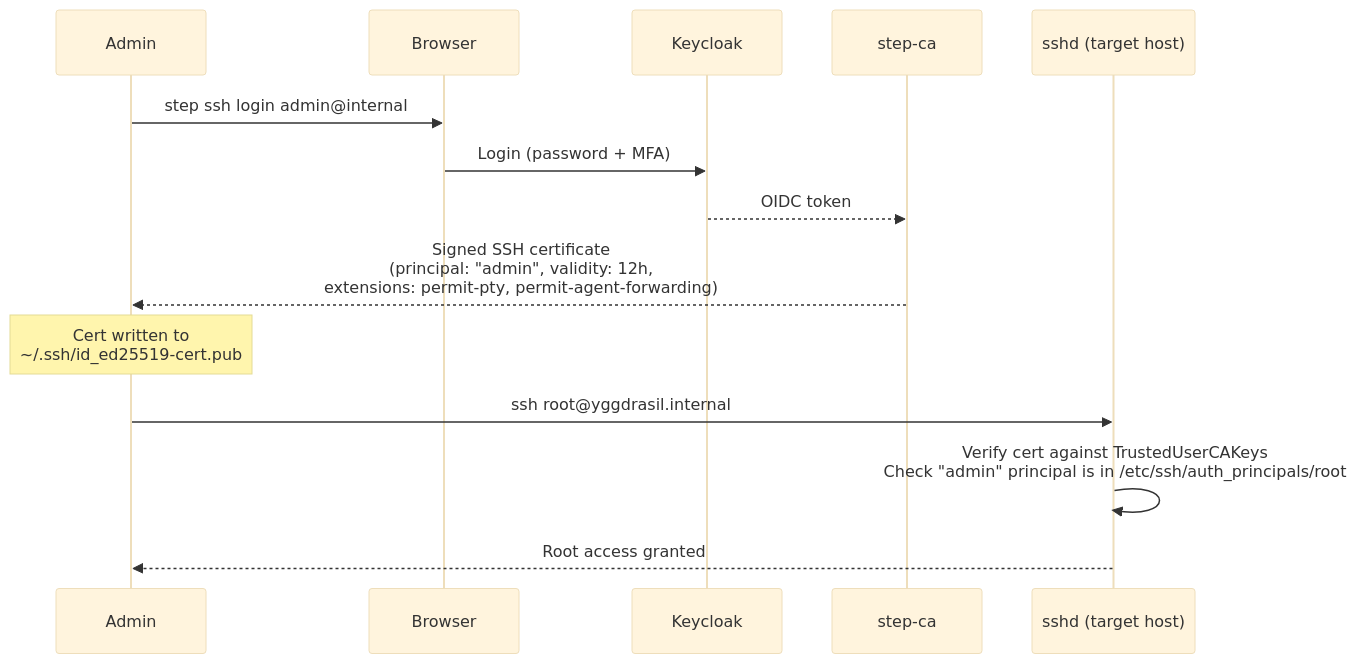
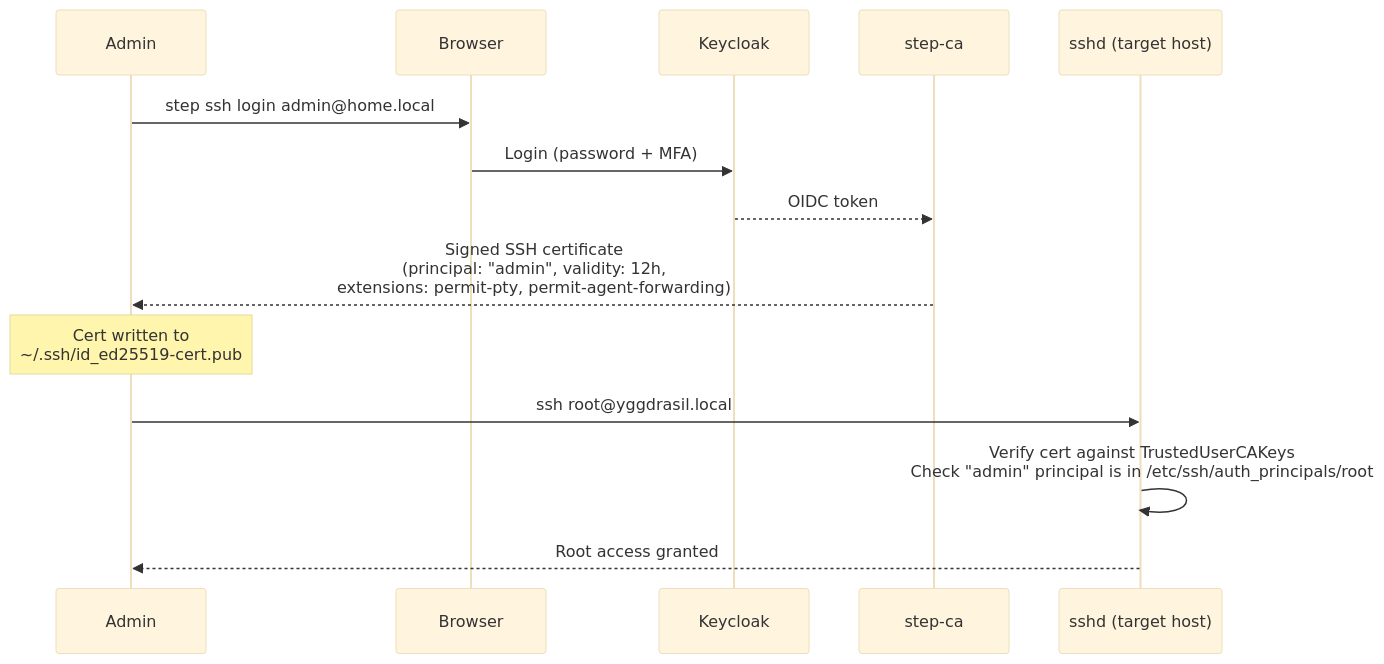
One commit to mutantmell/dotfiles changed the second of 4 diagrams in llm-notes/ssh-certificates-sso-plan.md. Above: the diagram before and after it, drawn with Mermaid (base theme). The commit also changed other lines of this file, not shown here.

First line of the commit message:
Update SSH certificates plan: Keycloak/step-ca placement and realm

````diff
--- a/llm-notes/ssh-certificates-sso-plan.md
+++ b/llm-notes/ssh-certificates-sso-plan.md
@@ -95,17 +95,17 @@
 ```mermaid
 sequenceDiagram
     participant Admin
     participant Browser
     participant Keycloak
     participant step-ca
     participant sshd as sshd (target host)
 
-    Admin->>Browser: step ssh login admin@internal
+    Admin->>Browser: step ssh login admin@home.local
     Browser->>Keycloak: Login (password + MFA)
     Keycloak-->>step-ca: OIDC token
     step-ca-->>Admin: Signed SSH certificate<br/>(principal: "admin", validity: 12h,<br/>extensions: permit-pty, permit-agent-forwarding)
     Note over Admin: Cert written to<br/>~/.ssh/id_ed25519-cert.pub
-    Admin->>sshd: ssh root@yggdrasil.internal
+    Admin->>sshd: ssh root@yggdrasil.local
     sshd->>sshd: Verify cert against TrustedUserCAKeys<br/>Check "admin" principal is in /etc/ssh/auth_principals/root
     sshd-->>Admin: Root access granted
 ```
````
